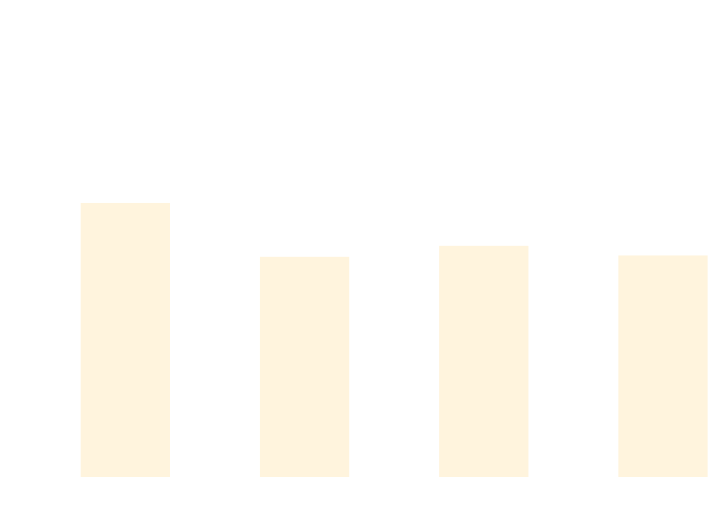
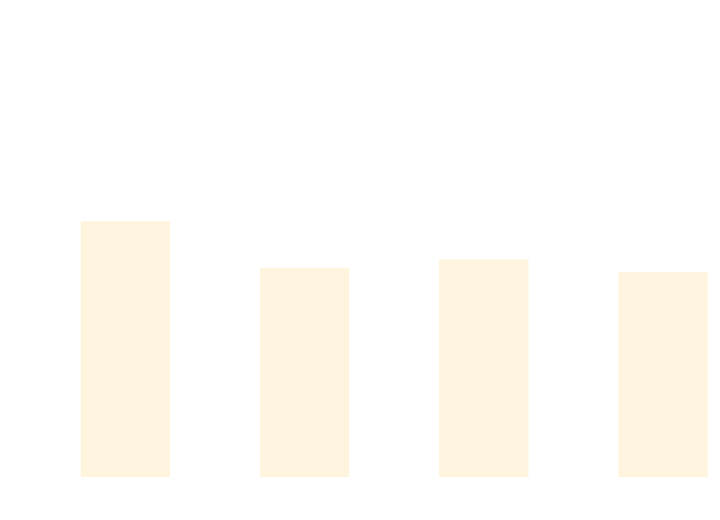
One commit to thomhurst/TUnit changed the diagram in docs/docs/benchmarks/BuildTime.md. Above: the diagram before and after it, drawn with Mermaid. The commit also changed other lines of this file and 17 other files, not shown here.

````diff
--- a/docs/docs/benchmarks/BuildTime.md
+++ b/docs/docs/benchmarks/BuildTime.md
@@ -28,37 +28,37 @@
 ```mermaid
 %%{init: {
   'theme':'base',
   'themeVariables': {
     'primaryColor': '#2563eb',
     'primaryTextColor': '#ffffff',
     'primaryBorderColor': '#1e40af',
     'lineColor': '#6b7280',
     'secondaryColor': '#7c3aed',
     'tertiaryColor': '#dc2626',
     'background': '#ffffff',
     'mainBkg': '#2563eb',
     'secondBkg': '#7c3aed',
     'tertiaryBkg': '#dc2626',
     'clusterBkg': '#f3f4f6',
     'edgeLabelBackground': '#ffffff',
     'tertiaryTextColor': '#1f2937',
     'pie1': '#2563eb',
     'pie2': '#7c3aed',
     'pie3': '#dc2626',
     'pie4': '#f59e0b',
     'pie5': '#10b981',
     'pie6': '#06b6d4',
     'pie7': '#ec4899',
     'pie8': '#6366f1',
     'pie9': '#84cc16',
     'pie10': '#f97316',
     'pie11': '#14b8a6',
     'pie12': '#a855f7'
   }
 }}%%
 xychart-beta
   title "Build Time Comparison"
   x-axis ["Build_TUnit", "Build_NUnit", "Build_MSTest", "Build_xUnit3"]
   y-axis "Time (s)" 0 --> 3
-  bar [1.961, 1.564, 1.645, 1.574]
+  bar [1.827, 1.483, 1.545, 1.451]
 ```
````
